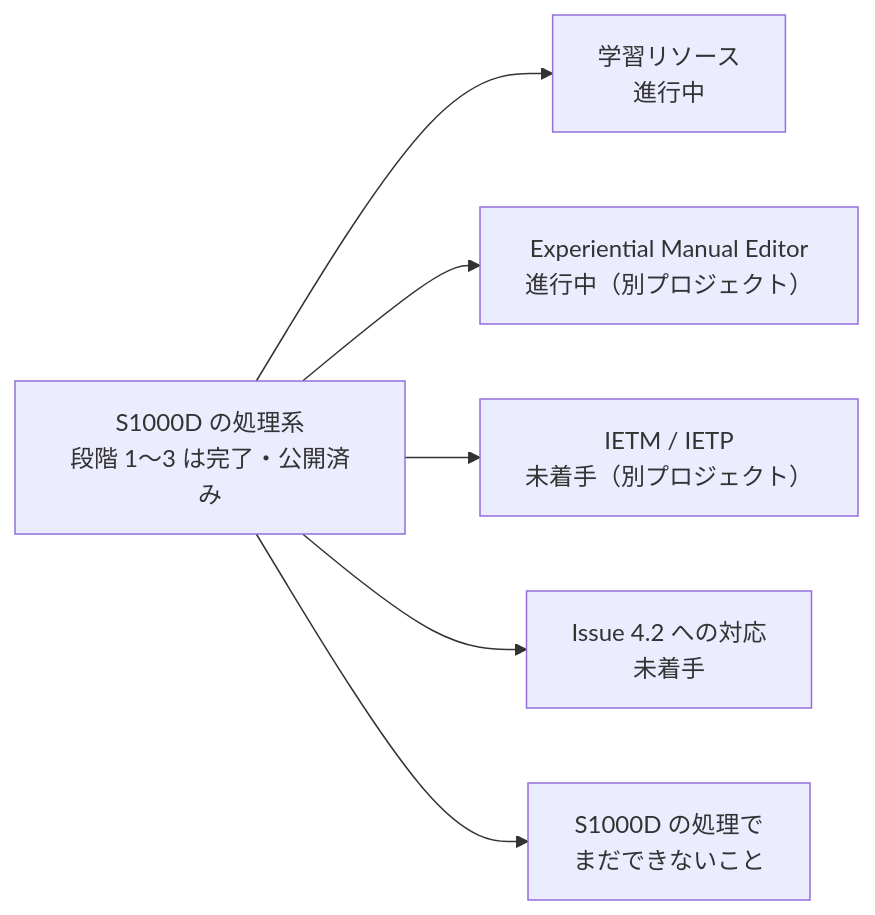
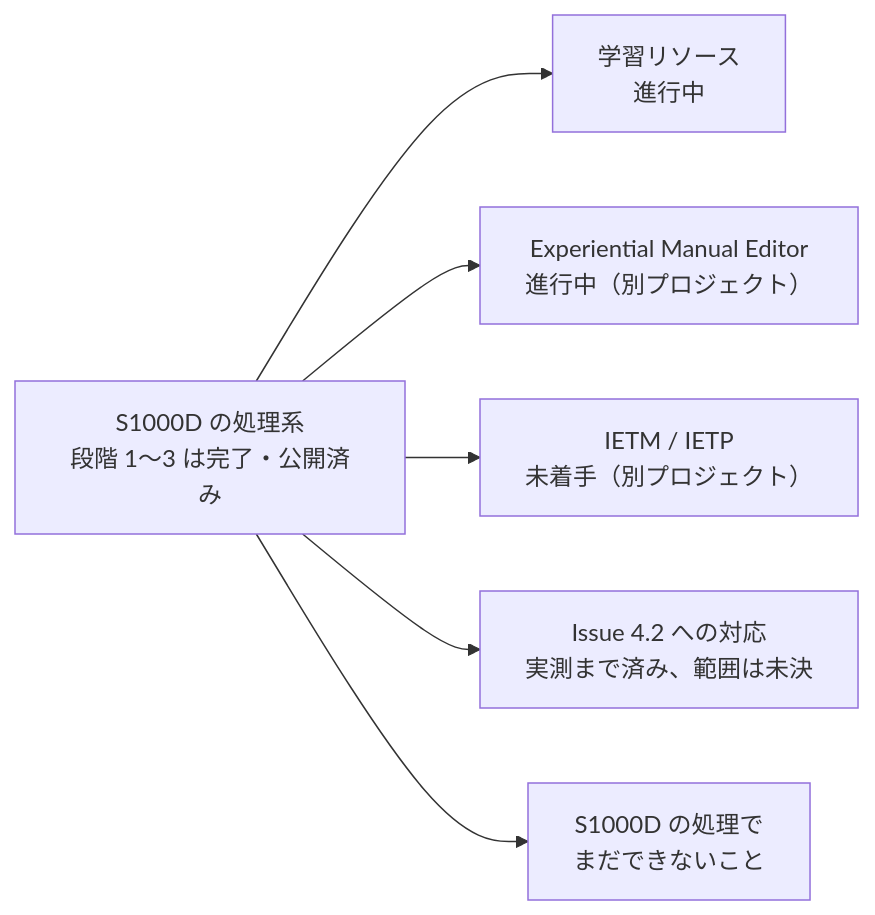
One commit to shuji-bonji/s1000d-stack changed the third of 5 diagrams in docs/ROADMAP.md. Above: the diagram before and after it, drawn with Mermaid. The commit also changed other lines of this file and 6 other files, not shown here.

````diff
--- a/docs/ROADMAP.md
+++ b/docs/ROADMAP.md
@@ -95,8 +95,8 @@
 ```mermaid
 flowchart LR
   B["S1000D の処理系<br/>段階 1〜3 は完了・公開済み"] --> L["学習リソース<br/>進行中"]
   B --> X["Experiential Manual Editor<br/>進行中（別プロジェクト）"]
   B --> I["IETM / IETP<br/>未着手（別プロジェクト）"]
-  B --> V["Issue 4.2 への対応<br/>未着手"]
+  B --> V["Issue 4.2 への対応<br/>実測まで済み、範囲は未決"]
   B --> F["S1000D の処理で<br/>まだできないこと"]
 ```
````
